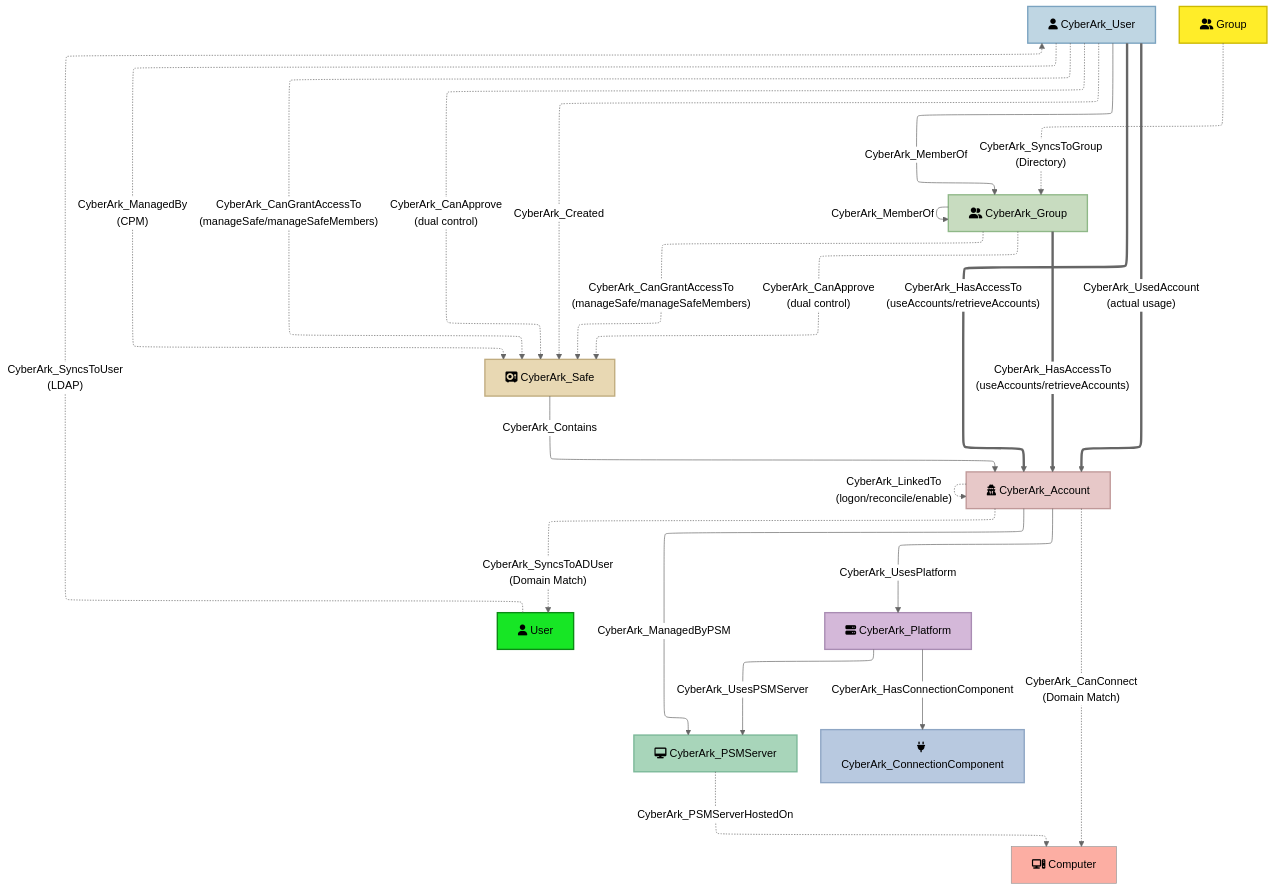
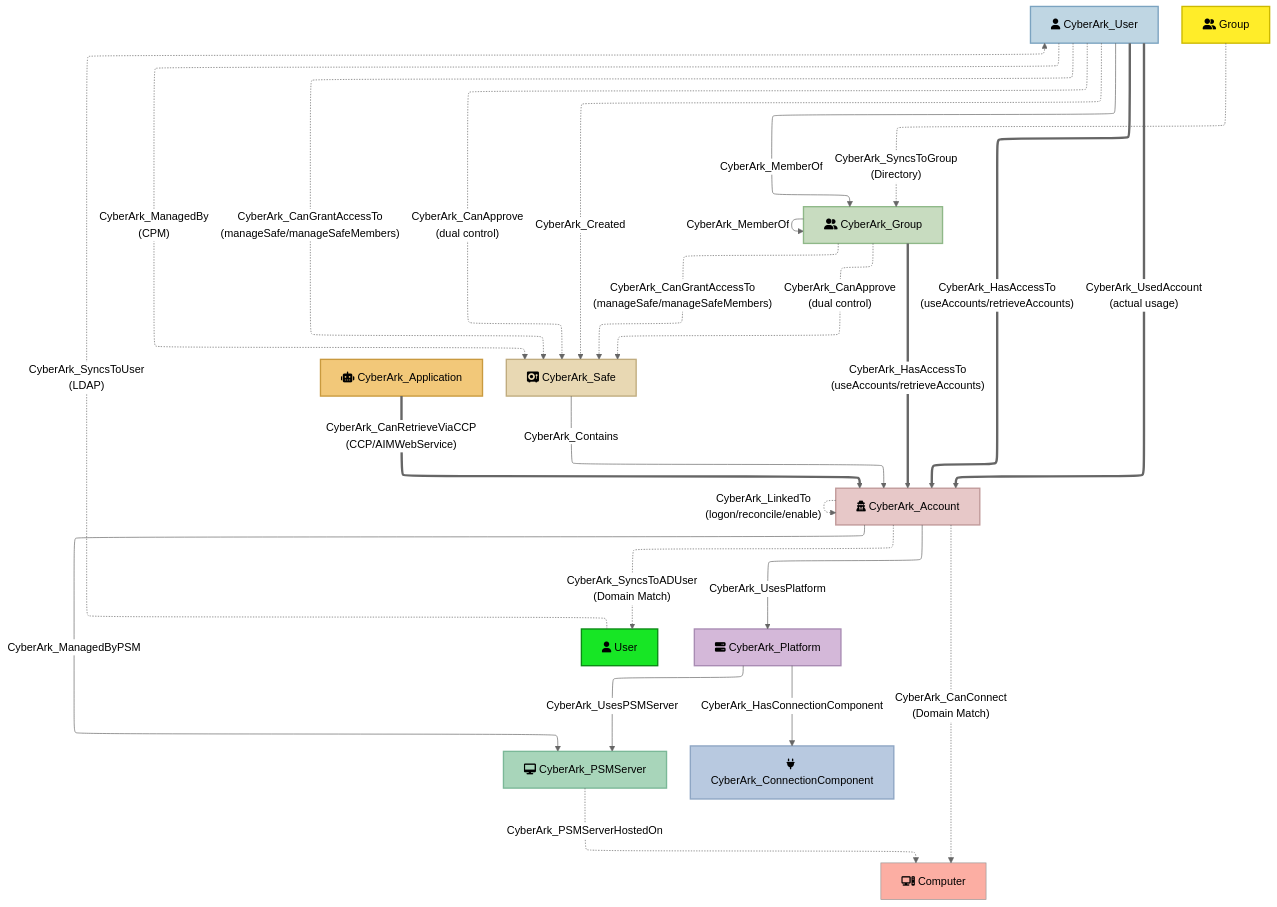
Before and after one commit to jazofra/CyberArkHound: the diagram in README.md, drawn with Mermaid (neutral theme). The commit also changed other lines of this file and 9 other files, not shown here.

````diff
--- a/README.md
+++ b/README.md
@@ -704,39 +808,41 @@
 ```mermaid
 ---
 config:
  layout: elk
 ---
 flowchart TD
  User["fa:fa-user User"] -. CyberArk_SyncsToUser<br>(LDAP) .-> CyberArk_User["fa:fa-user CyberArk_User"]
  Group["fa:fa-user-group Group"] -. CyberArk_SyncsToGroup<br>(Directory) .-> CyberArk_Group["fa:fa-user-group CyberArk_Group"]
  CyberArk_Account["fa:fa-user-secret CyberArk_Account"] -. CyberArk_SyncsToADUser<br>(Domain Match) .-> User
  CyberArk_Account -. CyberArk_CanConnect<br>(Domain Match) .-> Computer["fa:fa-computer Computer"]
  CyberArk_User -- CyberArk_MemberOf --> CyberArk_Group
  CyberArk_Group -- CyberArk_MemberOf --> CyberArk_Group
  CyberArk_User == CyberArk_HasAccessTo<br>(useAccounts/retrieveAccounts) ==> CyberArk_Account
  CyberArk_Group == CyberArk_HasAccessTo<br>(useAccounts/retrieveAccounts) ==> CyberArk_Account
+ CyberArk_Application["fa:fa-robot CyberArk_Application"] == CyberArk_CanRetrieveViaCCP<br>(CCP/AIMWebService) ==> CyberArk_Account
  CyberArk_User == CyberArk_UsedAccount<br>(actual usage) ==> CyberArk_Account
  CyberArk_User -. CyberArk_CanGrantAccessTo<br>(manageSafe/manageSafeMembers) .-> CyberArk_Safe["fa:fa-vault CyberArk_Safe"]
  CyberArk_Group -. CyberArk_CanGrantAccessTo<br>(manageSafe/manageSafeMembers) .-> CyberArk_Safe
  CyberArk_User -. CyberArk_CanApprove<br>(dual control) .-> CyberArk_Safe
  CyberArk_Group -. CyberArk_CanApprove<br>(dual control) .-> CyberArk_Safe
  CyberArk_Safe -- CyberArk_Contains --> CyberArk_Account
  CyberArk_User -. CyberArk_Created .-> CyberArk_Safe
  CyberArk_User -. CyberArk_ManagedBy<br>(CPM) .-> CyberArk_Safe
  CyberArk_Account -. CyberArk_LinkedTo<br>(logon/reconcile/enable) .-> CyberArk_Account
  CyberArk_Account -- CyberArk_UsesPlatform --> CyberArk_Platform["fa:fa-server CyberArk_Platform"]
  CyberArk_Account -- CyberArk_ManagedByPSM --> CyberArk_PSMServer["fa:fa-desktop CyberArk_PSMServer"]
  CyberArk_Platform -- CyberArk_UsesPSMServer --> CyberArk_PSMServer
  CyberArk_Platform -- CyberArk_HasConnectionComponent --> CyberArk_ConnectionComponent["fa:fa-plug CyberArk_ConnectionComponent"]
  CyberArk_PSMServer -. CyberArk_PSMServerHostedOn .-> Computer
  style User fill:#17E625,stroke:#0B8A14,stroke-width:2px
  style Computer fill:#FCAEA3,stroke:DF7E71,stroke-widthg:2px
  style CyberArk_User fill:#BFD6E3,stroke:#7BA3C0,stroke-width:2px
  style Group fill:#FFED29,stroke:#CCB900,stroke-width:2px
  style CyberArk_Group fill:#C8DCC0,stroke:#8FB888,stroke-width:2px
  style CyberArk_Account fill:#E7C8C8,stroke:#C09999,stroke-width:2px
  style CyberArk_Safe fill:#E8D8B3,stroke:#C0AC7F,stroke-width:2px
  style CyberArk_Platform fill:#D4B8D9,stroke:#A98CB3,stroke-width:2px
  style CyberArk_PSMServer fill:#A8D5BA,stroke:#7BB898,stroke-width:2px
  style CyberArk_ConnectionComponent fill:#B8C9E0,stroke:#8EA6C4,stroke-width:2px
+ style CyberArk_Application fill:#F2C879,stroke:#C99A3F,stroke-width:2px
 ```
````
